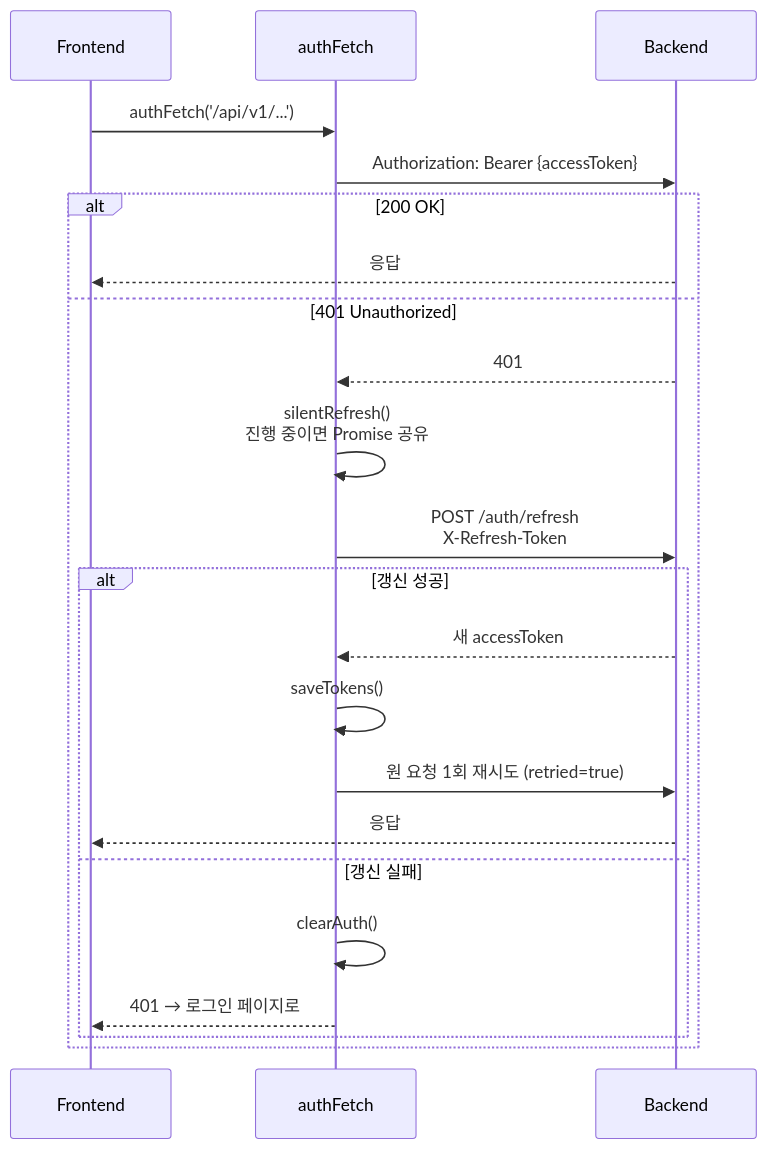
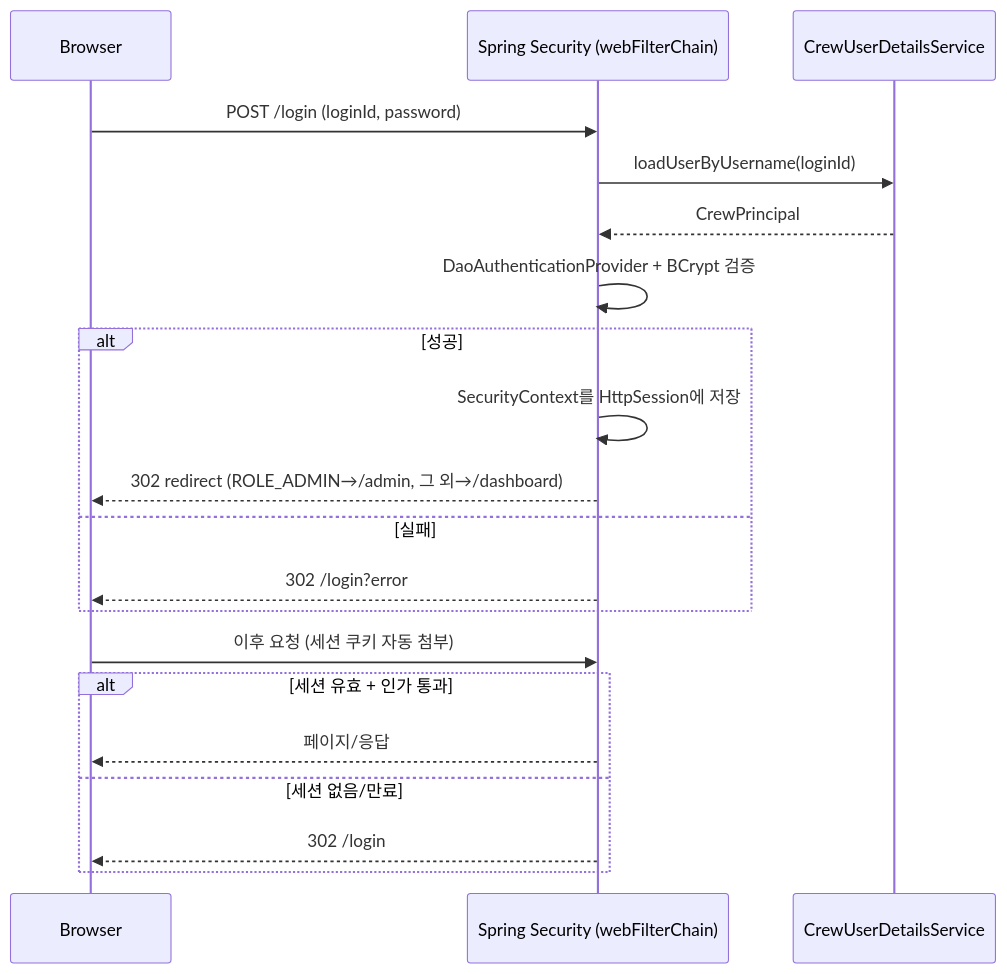
Before and after one commit to flunoah/olivemate-api: the seventh of 7 diagrams in docs/architecture.md, drawn with Mermaid. The commit also changed other lines of this file and 23 other files, not shown here.

````diff
--- a/docs/architecture.md
+++ b/docs/architecture.md
@@ -407,26 +409,24 @@
 ```mermaid
 sequenceDiagram
-    participant FE as Frontend
-    participant AF as authFetch
-    participant API as Backend
+    participant Browser
+    participant Security as Spring Security (webFilterChain)
+    participant UDS as CrewUserDetailsService
 
-    FE->>AF: authFetch('/api/v1/...')
-    AF->>API: Authorization: Bearer {accessToken}
+    Browser->>Security: POST /login (loginId, password)
+    Security->>UDS: loadUserByUsername(loginId)
+    UDS-->>Security: CrewPrincipal
+    Security->>Security: DaoAuthenticationProvider + BCrypt 검증
+    alt 성공
+        Security->>Security: SecurityContext를 HttpSession에 저장
+        Security-->>Browser: 302 redirect (ROLE_ADMIN→/admin, 그 외→/dashboard)
+    else 실패
+        Security-->>Browser: 302 /login?error
+    end
 
-    alt 200 OK
-        API-->>FE: 응답
-    else 401 Unauthorized
-        API-->>AF: 401
-        AF->>AF: silentRefresh()<br/>진행 중이면 Promise 공유
-        AF->>API: POST /auth/refresh<br/>X-Refresh-Token
-        alt 갱신 성공
-            API-->>AF: 새 accessToken
-            AF->>AF: saveTokens()
-            AF->>API: 원 요청 1회 재시도 (retried=true)
-            API-->>FE: 응답
-        else 갱신 실패
-            AF->>AF: clearAuth()
-            AF-->>FE: 401 → 로그인 페이지로
-        end
+    Browser->>Security: 이후 요청 (세션 쿠키 자동 첨부)
+    alt 세션 유효 + 인가 통과
+        Security-->>Browser: 페이지/응답
+    else 세션 없음/만료
+        Security-->>Browser: 302 /login
     end
 ```
````
